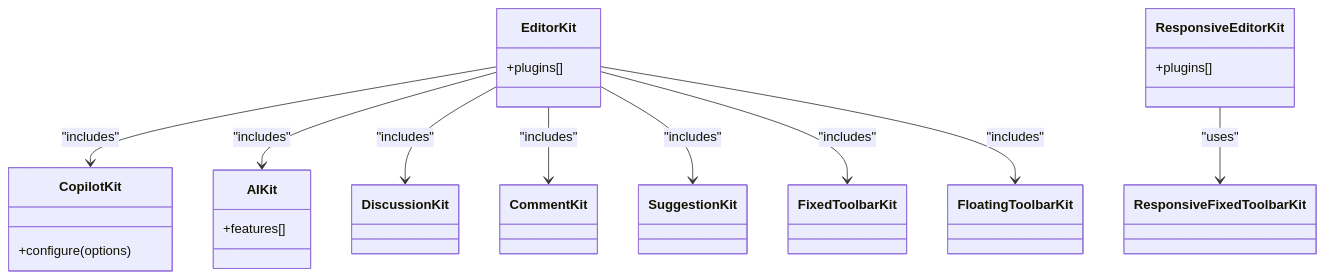
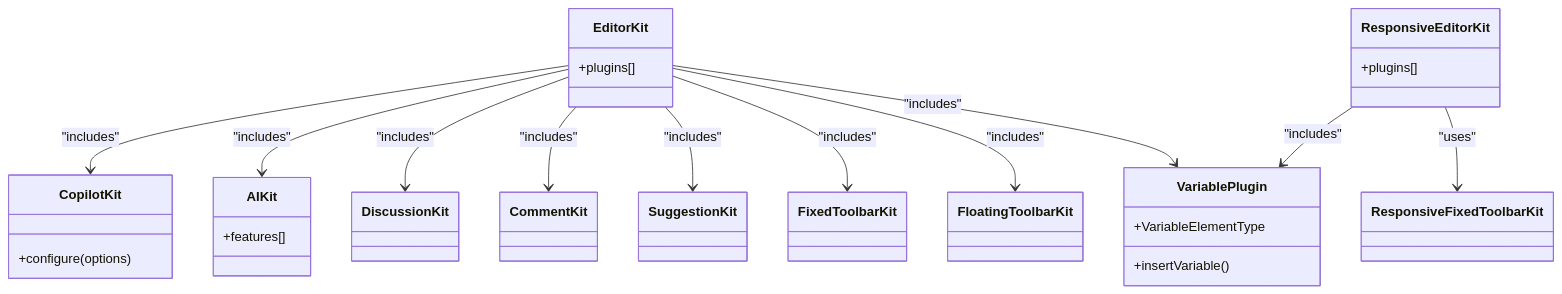
Before and after one commit to SinesysTech/zattar-os: the fourth of 10 diagrams in .qoder/repowiki/en/content/AI Integration and Features/AI-Assisted Document Editor.md, drawn with Mermaid. The commit also changed other lines of this file and 12 other files, not shown here.

````diff
--- a/.qoder/repowiki/en/content/AI Integration and Features/AI-Assisted Document Editor.md
+++ b/.qoder/repowiki/en/content/AI Integration and Features/AI-Assisted Document Editor.md
@@ -173,29 +225,35 @@
 ```mermaid
 classDiagram
 class EditorKit {
 +plugins[]
 }
 class ResponsiveEditorKit {
 +plugins[]
 }
 class CopilotKit {
 +configure(options)
 }
 class AIKit {
 +features[]
 }
 class DiscussionKit
 class CommentKit
 class SuggestionKit
 class FixedToolbarKit
 class FloatingToolbarKit
 class ResponsiveFixedToolbarKit
+class VariablePlugin {
++insertVariable()
++VariableElementType
+}
 EditorKit --> CopilotKit : "includes"
 EditorKit --> AIKit : "includes"
 EditorKit --> DiscussionKit : "includes"
 EditorKit --> CommentKit : "includes"
 EditorKit --> SuggestionKit : "includes"
 EditorKit --> FixedToolbarKit : "includes"
 EditorKit --> FloatingToolbarKit : "includes"
+EditorKit --> VariablePlugin : "includes"
 ResponsiveEditorKit --> ResponsiveFixedToolbarKit : "uses"
+ResponsiveEditorKit --> VariablePlugin : "includes"
 ```
````
